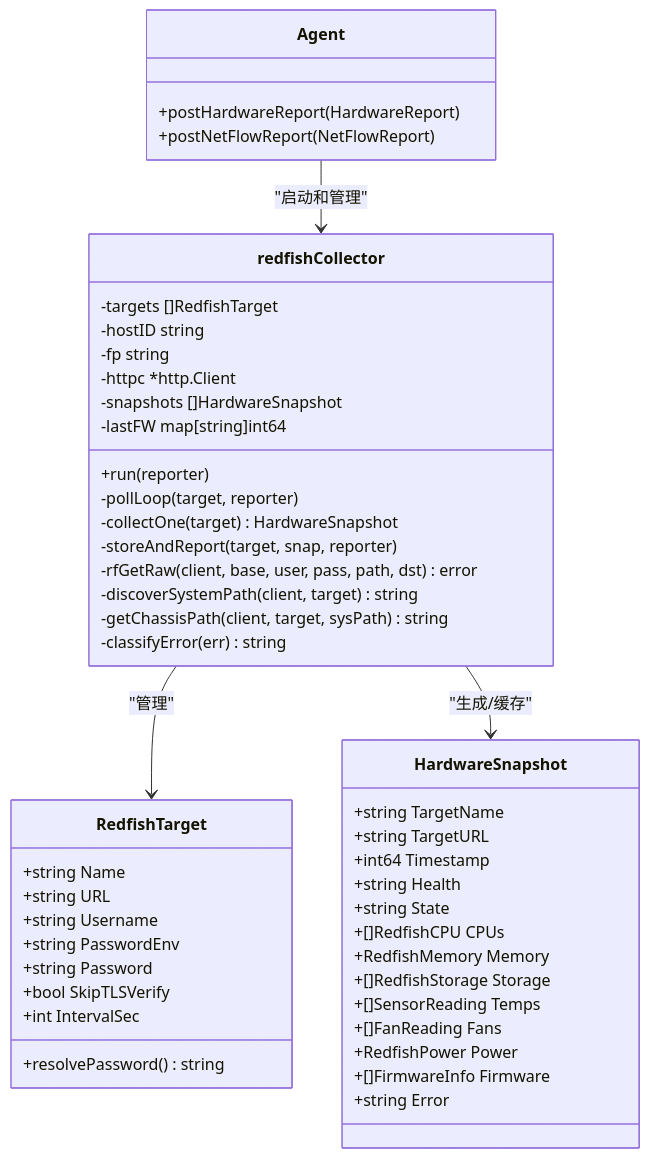
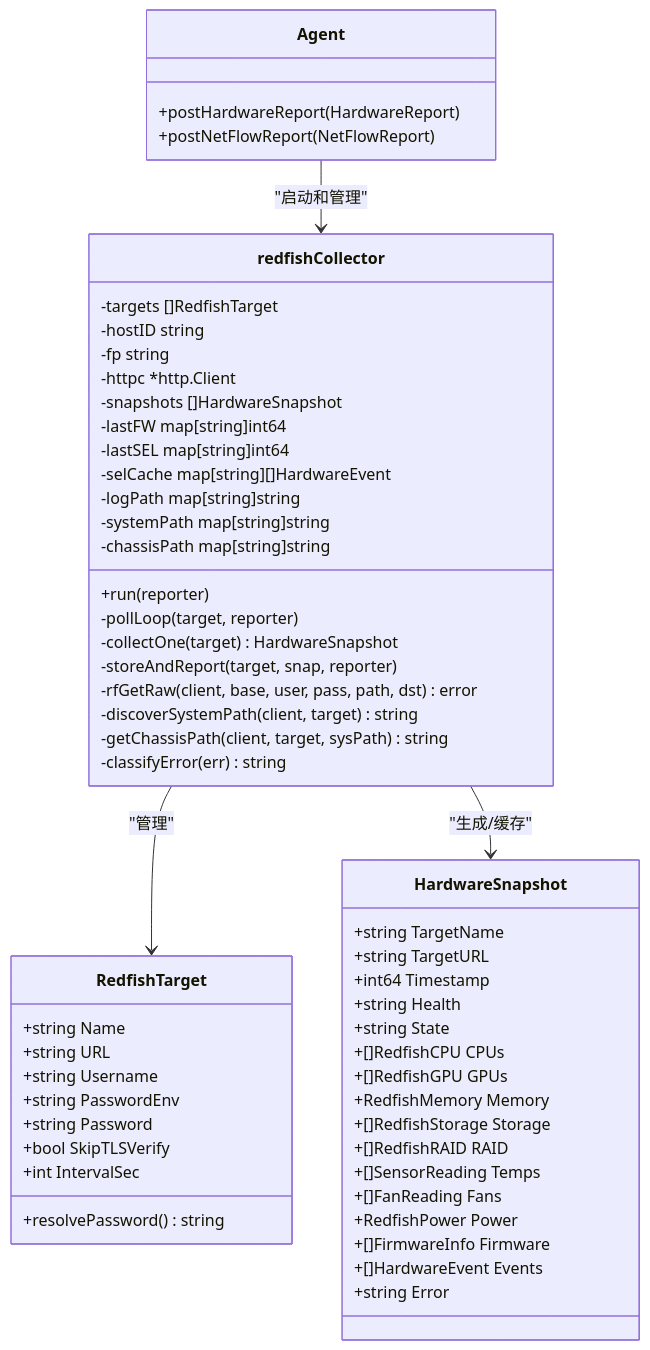
One commit to sreyun/aiops-monitor changed the third of 6 diagrams in .qoder/repowiki/zh/content/架构设计/Agent 客户端架构/Redfish硬件采集器.md. Above: the diagram before and after it, drawn with Mermaid. The commit also changed other lines of this file and 38 other files, not shown here.

````diff
--- a/.qoder/repowiki/zh/content/架构设计/Agent 客户端架构/Redfish硬件采集器.md
+++ b/.qoder/repowiki/zh/content/架构设计/Agent 客户端架构/Redfish硬件采集器.md
@@ -436,51 +626,59 @@
 ```mermaid
 classDiagram
 class RedfishTarget {
 +string Name
 +string URL
 +string Username
 +string PasswordEnv
 +string Password
 +bool SkipTLSVerify
 +int IntervalSec
 +resolvePassword() string
 }
 class redfishCollector {
 -targets []RedfishTarget
 -hostID string
 -fp string
 -httpc *http.Client
 -snapshots []HardwareSnapshot
 -lastFW map[string]int64
+-lastSEL map[string]int64
+-selCache map[string][]HardwareEvent
+-logPath map[string]string
+-systemPath map[string]string
+-chassisPath map[string]string
 +run(reporter)
 -pollLoop(target, reporter)
 -collectOne(target) HardwareSnapshot
 -storeAndReport(target, snap, reporter)
 -rfGetRaw(client, base, user, pass, path, dst) error
 -discoverSystemPath(client, target) string
 -getChassisPath(client, target, sysPath) string
 -classifyError(err) string
 }
 class HardwareSnapshot {
 +string TargetName
 +string TargetURL
 +int64 Timestamp
 +string Health
 +string State
 +[]RedfishCPU CPUs
++[]RedfishGPU GPUs
 +RedfishMemory Memory
 +[]RedfishStorage Storage
++[]RedfishRAID RAID
 +[]SensorReading Temps
 +[]FanReading Fans
 +RedfishPower Power
 +[]FirmwareInfo Firmware
++[]HardwareEvent Events
 +string Error
 }
 class Agent {
 +postHardwareReport(HardwareReport)
 +postNetFlowReport(NetFlowReport)
 }
 redfishCollector --> RedfishTarget : "管理"
 redfishCollector --> HardwareSnapshot : "生成/缓存"
 Agent --> redfishCollector : "启动和管理"
 ```
````
